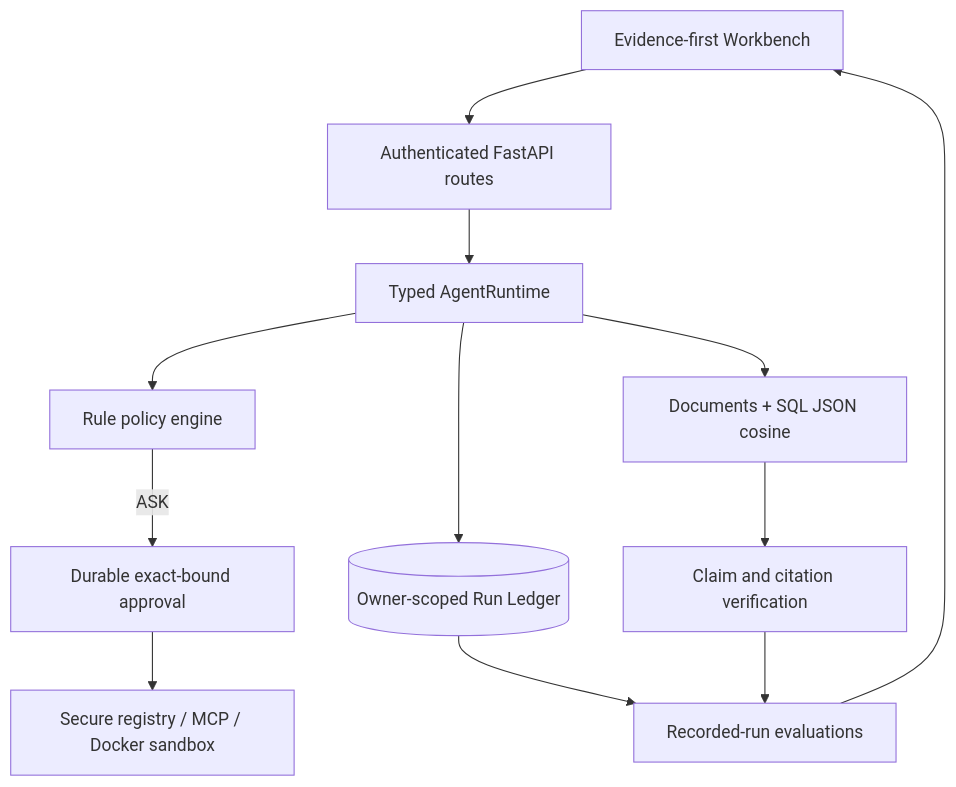
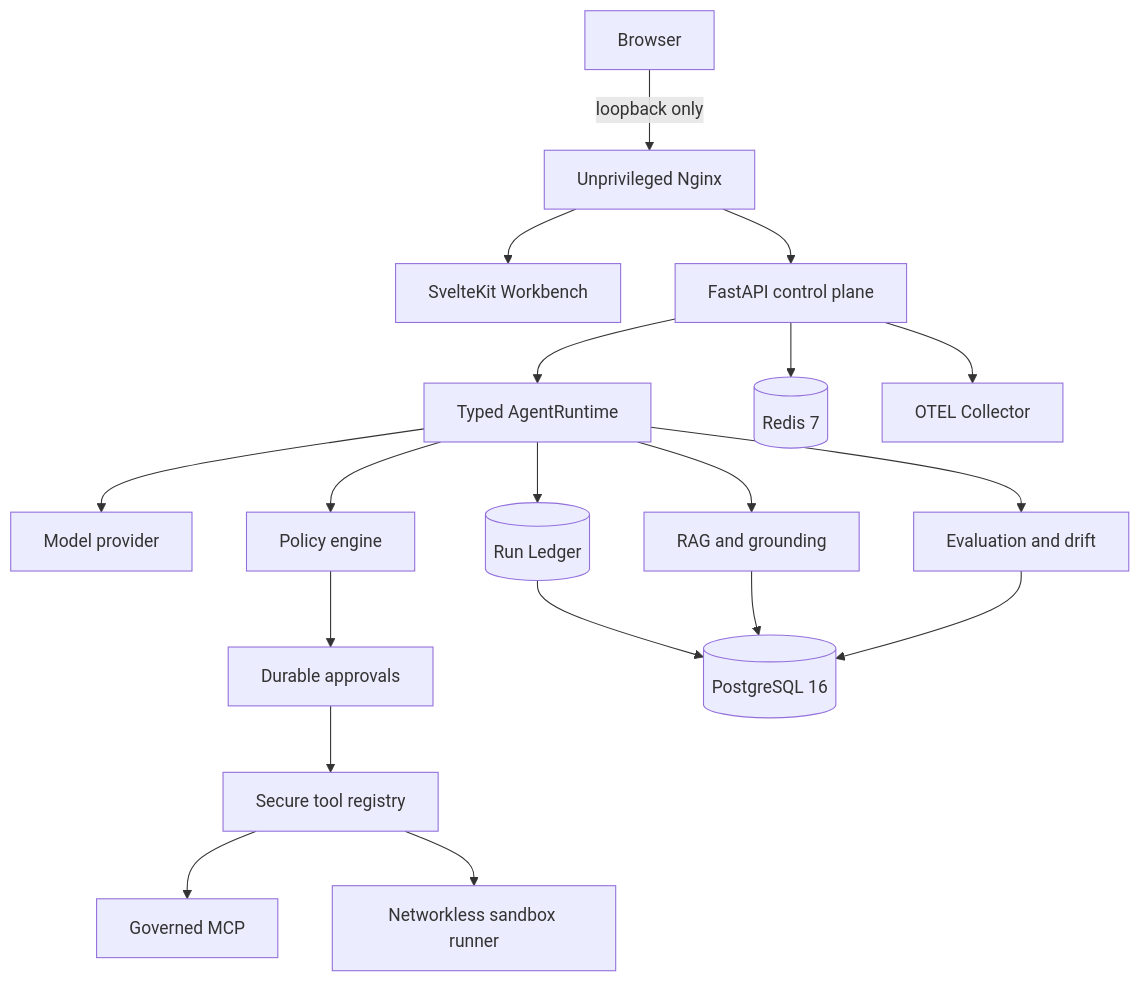
Before and after one commit to levalencia/archon: the diagram in README.md, drawn with Mermaid. The commit also changed other lines of this file, not shown here.

````diff
--- a/README.md
+++ b/README.md
@@ -112,14 +62,26 @@
 ```mermaid
-flowchart TD
-    UI[Evidence-first Workbench] --> API[Authenticated FastAPI routes]
-    API --> Runtime[Typed AgentRuntime]
-    Runtime --> Policy[Rule policy engine]
-    Policy -->|ASK| Approval[Durable exact-bound approval]
-    Approval --> Tools[Secure registry / MCP / Docker sandbox]
-    Runtime --> Ledger[(Owner-scoped Run Ledger)]
-    Runtime --> Evidence[Documents + SQL JSON cosine]
-    Evidence --> Grounding[Claim and citation verification]
-    Ledger --> Eval[Recorded-run evaluations]
-    Grounding --> Eval
-    Eval --> UI
+flowchart TB
+    Browser -->|loopback only| Gateway[Unprivileged Nginx]
+    Gateway --> Frontend[SvelteKit Workbench]
+    Gateway --> Backend[FastAPI control plane]
+
+    Backend --> Runtime[Typed AgentRuntime]
+    Runtime --> Provider[Model provider]
+    Runtime --> Policy[Policy engine]
+    Policy --> Approval[Durable approvals]
+    Approval --> Tools[Secure tool registry]
+
+    Tools --> MCP[Governed MCP]
+    Tools --> Sandbox[Networkless sandbox runner]
+
+    Runtime --> Ledger[(Run Ledger)]
+    Runtime --> RAG[RAG and grounding]
+    Runtime --> Eval[Evaluation and drift]
+
+    Ledger --> Postgres[(PostgreSQL 16)]
+    RAG --> Postgres
+    Eval --> Postgres
+
+    Backend --> Redis[(Redis 7)]
+    Backend --> OTEL[OTEL Collector]
 ```
````
